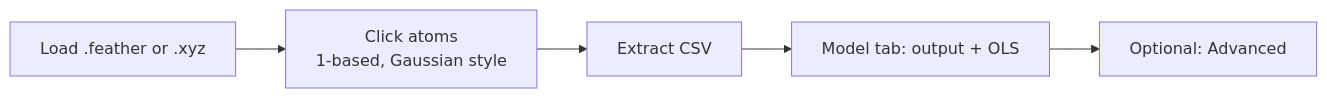
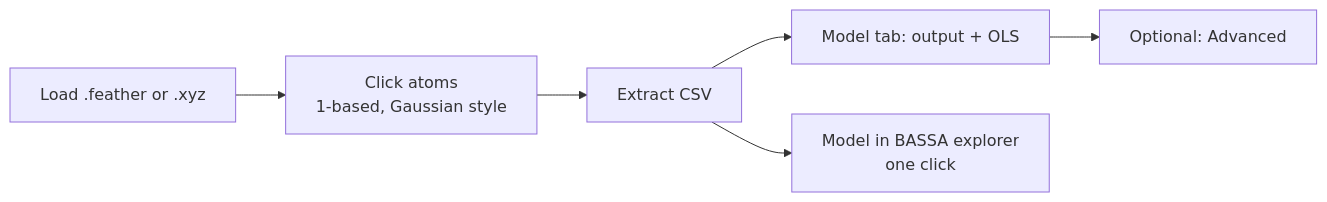
The second of 2 diagrams in docs/visual-guide.md (Milo-group/DescriPyTor), drawn with Mermaid before and after one commit. The commit also changed other lines of this file and 16 other files, not shown here.

````diff
--- a/docs/visual-guide.md
+++ b/docs/visual-guide.md
@@ -52,7 +64,8 @@
 ```mermaid
 flowchart LR
   L["Load .feather or .xyz"] --> C["Click atoms<br/>1-based, Gaussian style"]
   C --> E["Extract CSV"]
   E --> R["Model tab: output + OLS"]
+  E --> B["Model in BASSA explorer<br/>one click"]
   R --> M["Optional: Advanced"]
 ```
````
